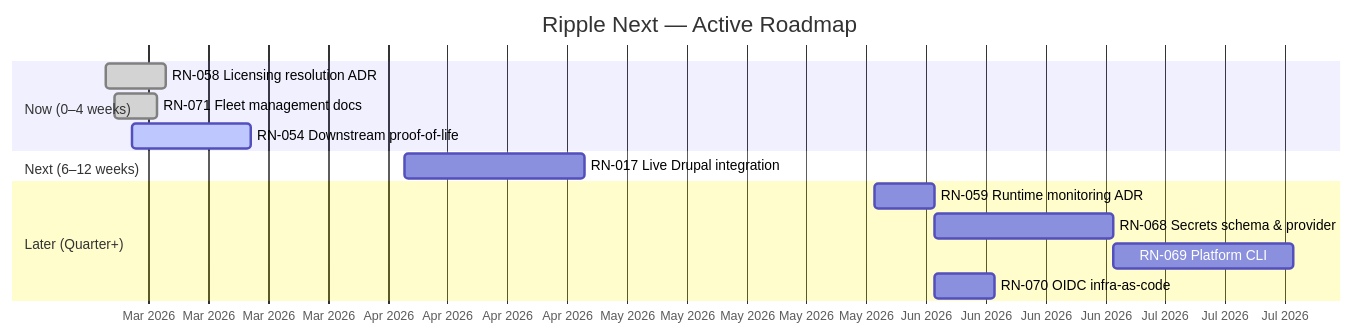
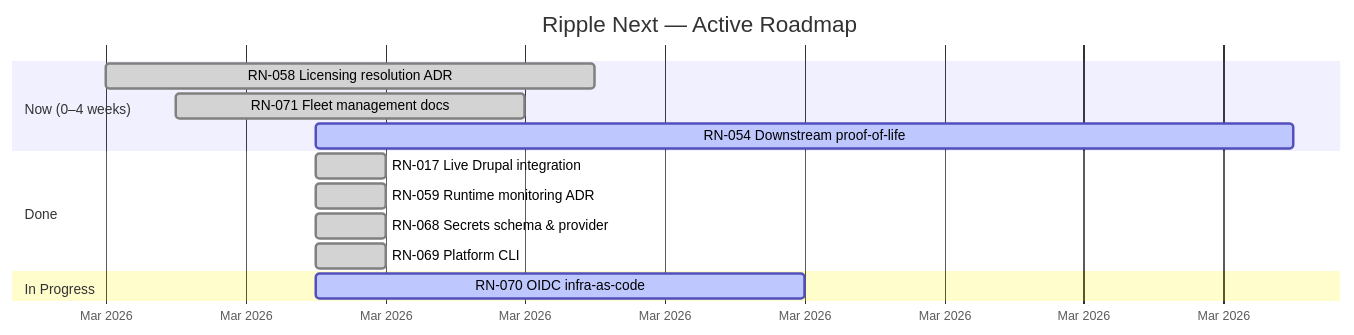
One commit to jbejenar/ripple-next changed the diagram in docs/product-roadmap/README.md. Above: the diagram before and after it, drawn with Mermaid. The commit also changed other lines of this file, not shown here.

First line of the commit message:
docs: update roadmap status — 63 items done, 3 active, 7 parked

````diff
--- a/docs/product-roadmap/README.md
+++ b/docs/product-roadmap/README.md
@@ -16,20 +16,20 @@
 ```mermaid
 gantt
     title Ripple Next — Active Roadmap
     dateFormat YYYY-MM-DD
     axisFormat %b %Y
 
     section Now (0–4 weeks)
     RN-058 Licensing resolution ADR        :done, rn058, 2026-03-03, 7d
     RN-071 Fleet management docs           :done, rn071, 2026-03-04, 5d
     RN-054 Downstream proof-of-life        :active, rn054, 2026-03-06, 14d
 
-    section Next (6–12 weeks)
-    RN-017 Live Drupal integration         :rn017, 2026-04-07, 21d
+    section Done
+    RN-017 Live Drupal integration         :done, rn017, 2026-03-06, 1d
+    RN-059 Runtime monitoring ADR          :done, rn059, 2026-03-06, 1d
+    RN-068 Secrets schema & provider       :done, rn068, 2026-03-06, 1d
+    RN-069 Platform CLI                    :done, rn069, 2026-03-06, 1d
 
-    section Later (Quarter+)
-    RN-059 Runtime monitoring ADR          :rn059, 2026-06-01, 7d
-    RN-068 Secrets schema & provider       :rn068, 2026-06-08, 21d
-    RN-069 Platform CLI                    :rn069, after rn068, 21d
-    RN-070 OIDC infra-as-code              :rn070, 2026-06-08, 7d
+    section In Progress
+    RN-070 OIDC infra-as-code              :active, rn070, 2026-03-06, 7d
 ```
````
